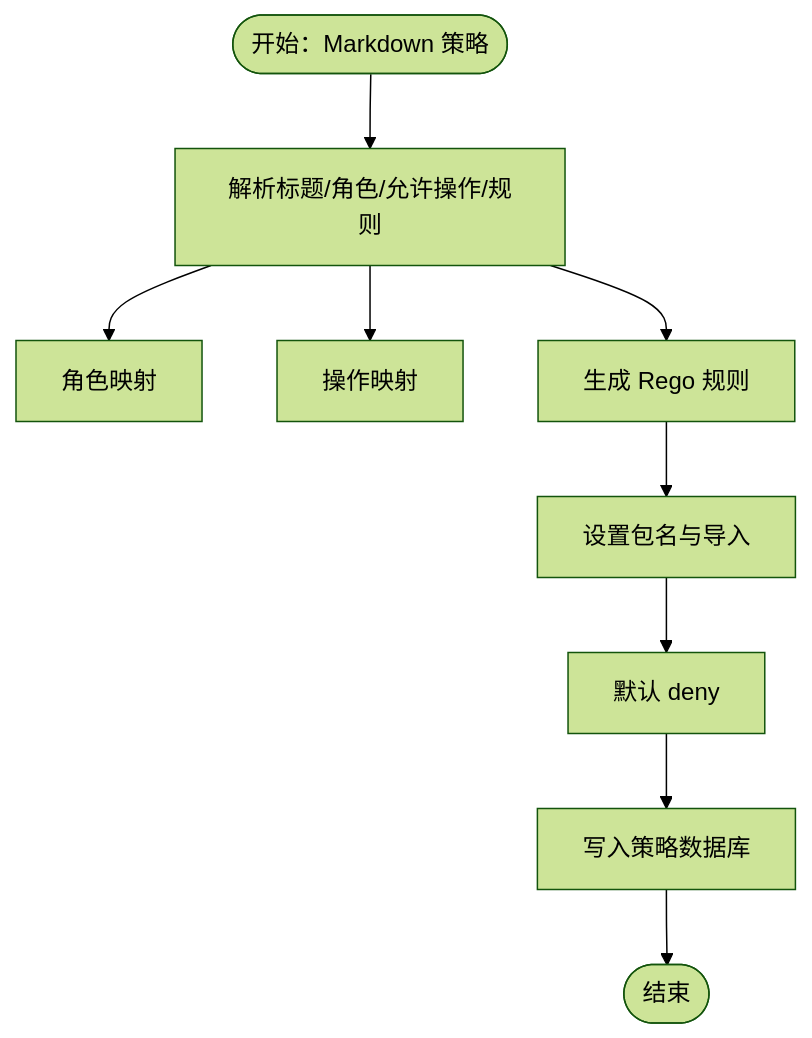
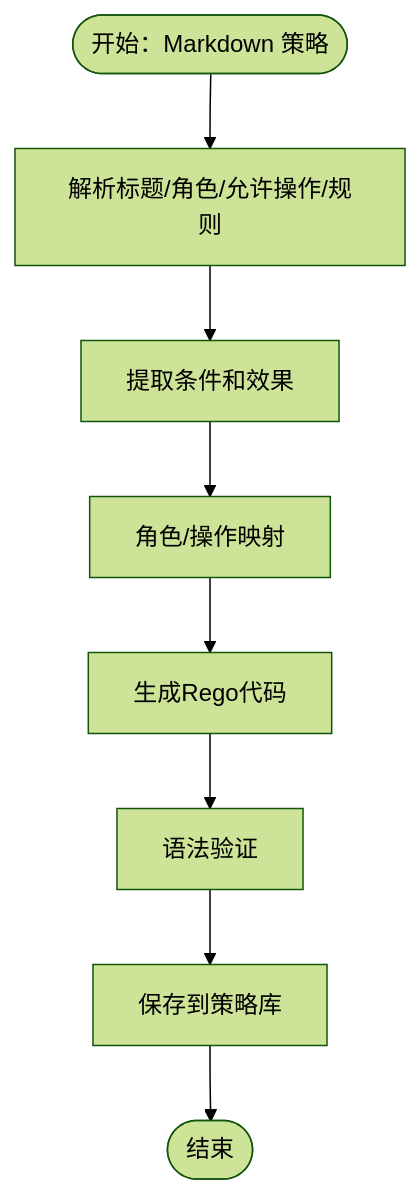
Before and after one commit to inier/ontology-graphiti: the fourth of 11 diagrams in .qoder/repowiki/zh/content/项目概述/核心特性/策略治理系统/策略治理系统.md, drawn with Mermaid (forest theme). The commit also changed other lines of this file and 64 other files, not shown here.

````diff
--- a/.qoder/repowiki/zh/content/项目概述/核心特性/策略治理系统/策略治理系统.md
+++ b/.qoder/repowiki/zh/content/项目概述/核心特性/策略治理系统/策略治理系统.md
@@ -194,11 +236,10 @@
 ```mermaid
 flowchart TD
 Start(["开始：Markdown 策略"]) --> Parse["解析标题/角色/允许操作/规则"]
-Parse --> MapRole["角色映射"]
-Parse --> MapAction["操作映射"]
-Parse --> BuildRules["生成 Rego 规则"]
-BuildRules --> Package["设置包名与导入"]
-Package --> DefaultDeny["默认 deny"]
-DefaultDeny --> SaveDB["写入策略数据库"]
-SaveDB --> End(["结束"])
+Parse --> Extract["提取条件和效果"]
+Extract --> Map["角色/操作映射"]
+Map --> Generate["生成Rego代码"]
+Generate --> Validate["语法验证"]
+Validate --> Save["保存到策略库"]
+Save --> End(["结束"])
 ```
````
